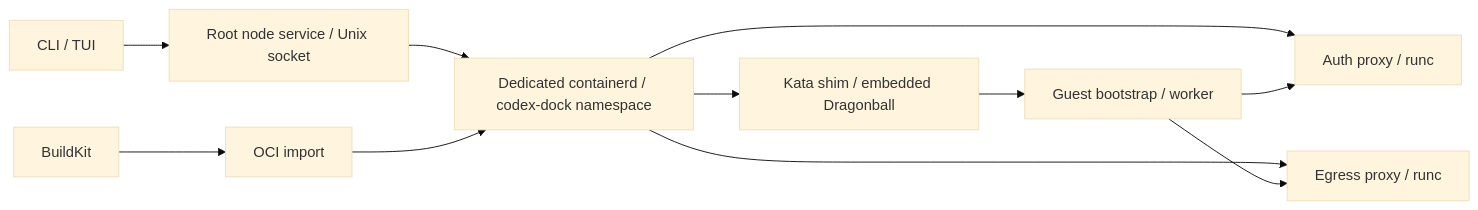
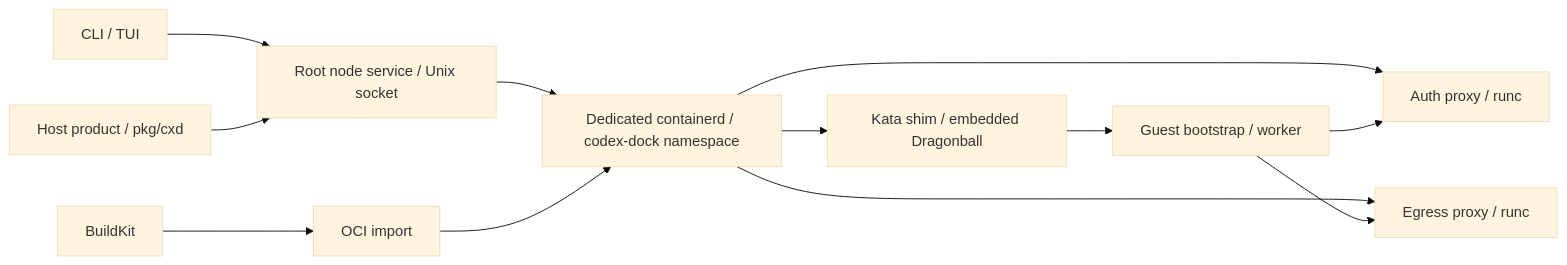
One commit to pacificbelt30/sandbox-codex changed the diagram in doc/en/architecture.md. Above: the diagram before and after it, drawn with Mermaid (base theme). The commit also changed other lines of this file and 11 other files, not shown here.

````diff
--- a/doc/en/architecture.md
+++ b/doc/en/architecture.md
@@ -8,13 +8,14 @@
 ```mermaid
 flowchart LR
   CLI[CLI / TUI] --> Node[Root node service / Unix socket]
+  SDK[Host product / pkg/cxd] --> Node
   Node --> CD[Dedicated containerd / codex-dock namespace]
   CD --> Kata[Kata shim / embedded Dragonball]
   Kata --> Worker[Guest bootstrap / worker]
   CD --> Auth[Auth proxy / runc]
   CD --> Egress[Egress proxy / runc]
   Worker --> Auth
   Worker --> Egress
   Build[BuildKit] --> OCI[OCI import]
   OCI --> CD
 ```
````
